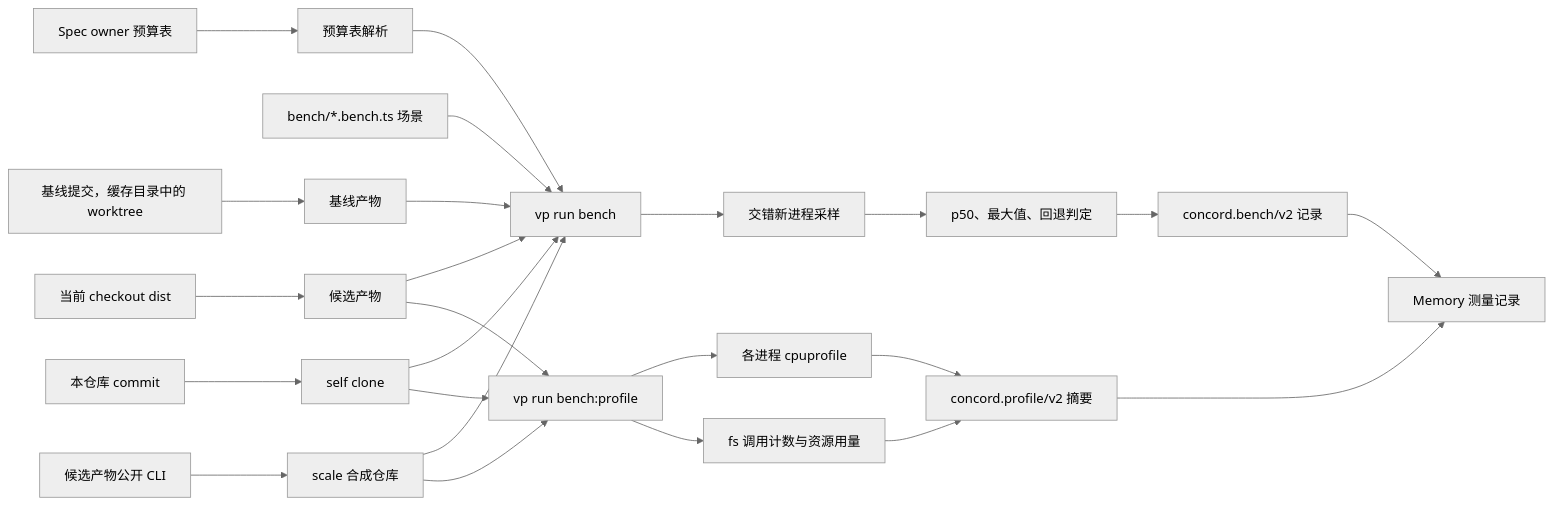
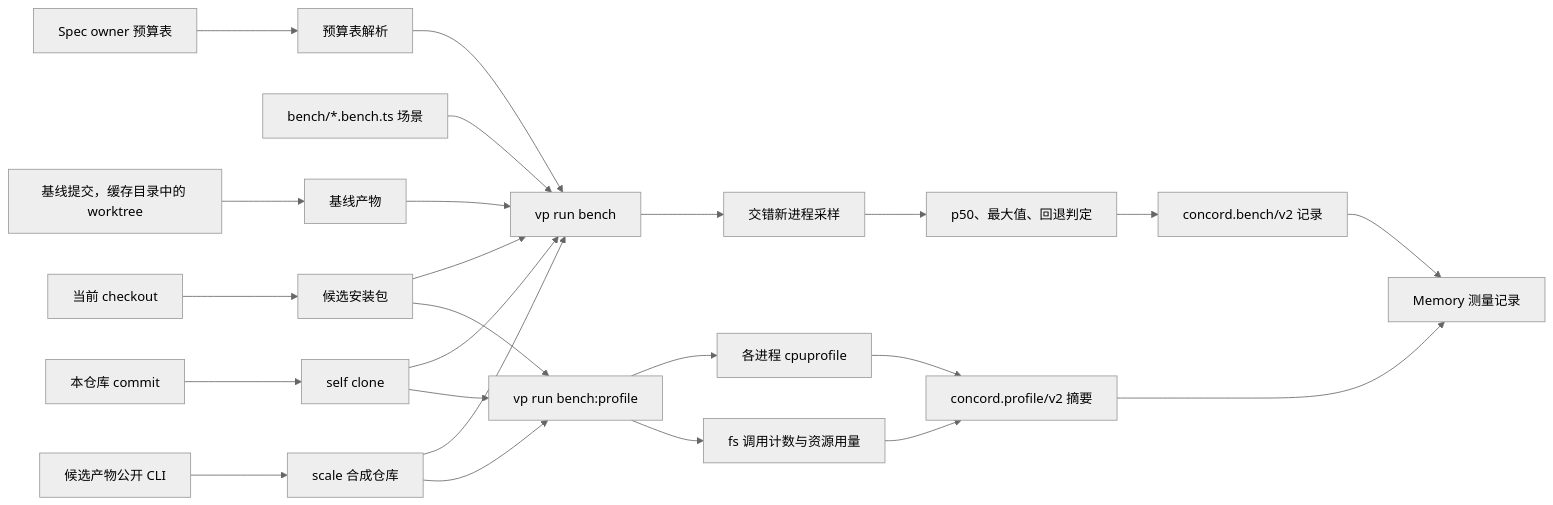
Before and after one commit to CorrectRoadH/Concord: the diagram in docs/engineering/concord-self-hosting/performance.md, drawn with Mermaid (neutral theme). The commit also changed other lines of this file and 7 other files, not shown here.

First line of the commit message:
docs: run every test from source and keep dist out of the checkout

````diff
--- a/docs/engineering/concord-self-hosting/performance.md
+++ b/docs/engineering/concord-self-hosting/performance.md
@@ -118,26 +118,26 @@
 ```mermaid
 flowchart LR
   Owners[Spec owner 预算表] --> Budgets[预算表解析]
   Scenarios[bench/*.bench.ts 场景] --> Bench
-  Checkout[当前 checkout dist] --> Candidate[候选产物]
+  Checkout[当前 checkout] --> Candidate[候选安装包]
   Parent[基线提交，缓存目录中的 worktree] --> Baseline[基线产物]
   Commit[本仓库 commit] --> Self[self clone]
   CLI[候选产物公开 CLI] --> Scale[scale 合成仓库]
   Budgets --> Bench[vp run bench]
   Candidate --> Bench
   Baseline --> Bench
   Self --> Bench
   Scale --> Bench
   Bench --> Samples[交错新进程采样]
   Samples --> Verdict[p50、最大值、回退判定]
   Verdict --> Record[concord.bench/v2 记录]
   Candidate --> Profile[vp run bench:profile]
   Self --> Profile
   Scale --> Profile
   Profile --> CPU[各进程 cpuprofile]
   Profile --> FS[fs 调用计数与资源用量]
   CPU --> Summary[concord.profile/v2 摘要]
   FS --> Summary
   Record --> Memory[Memory 测量记录]
   Summary --> Memory
 ```
````
